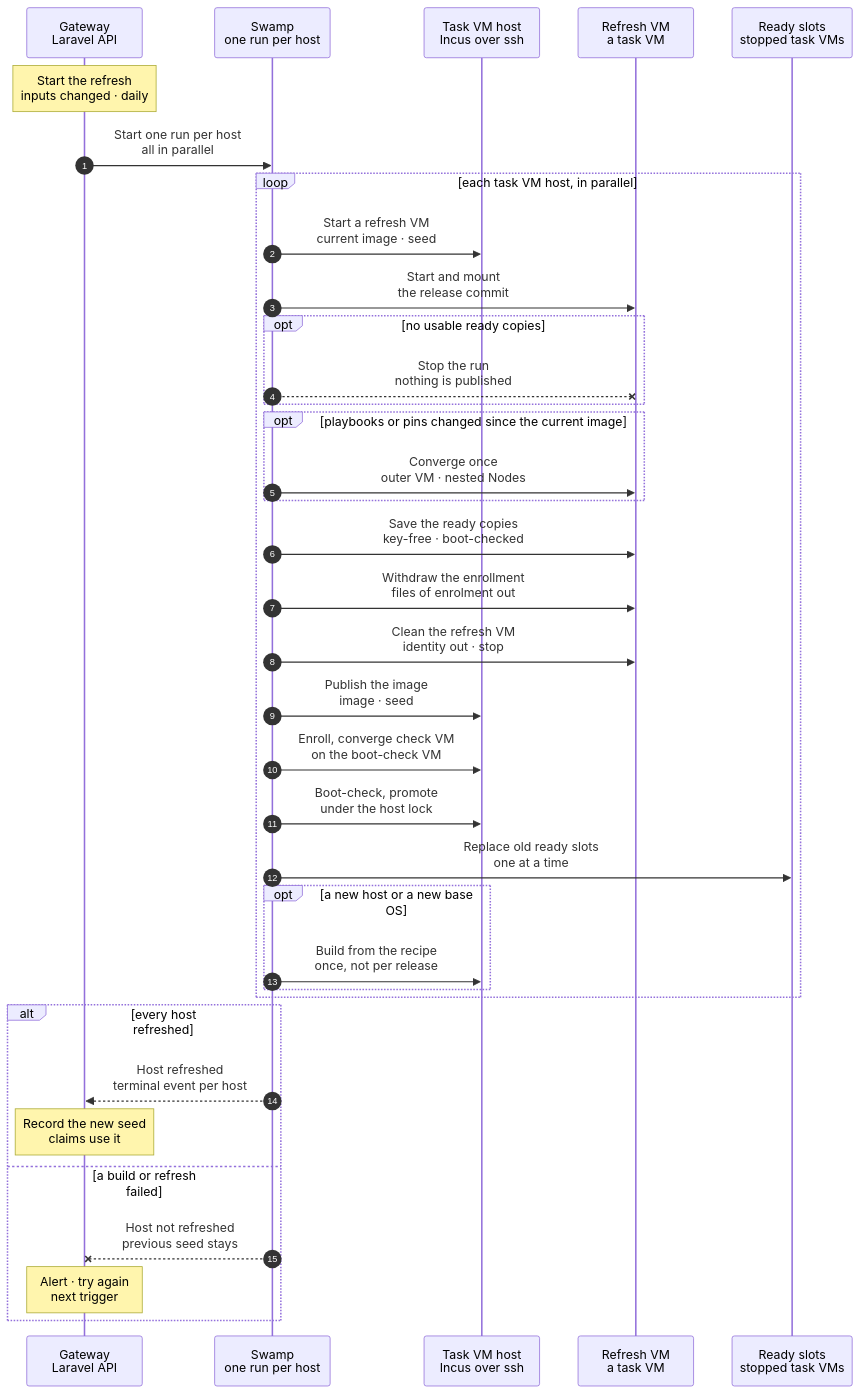
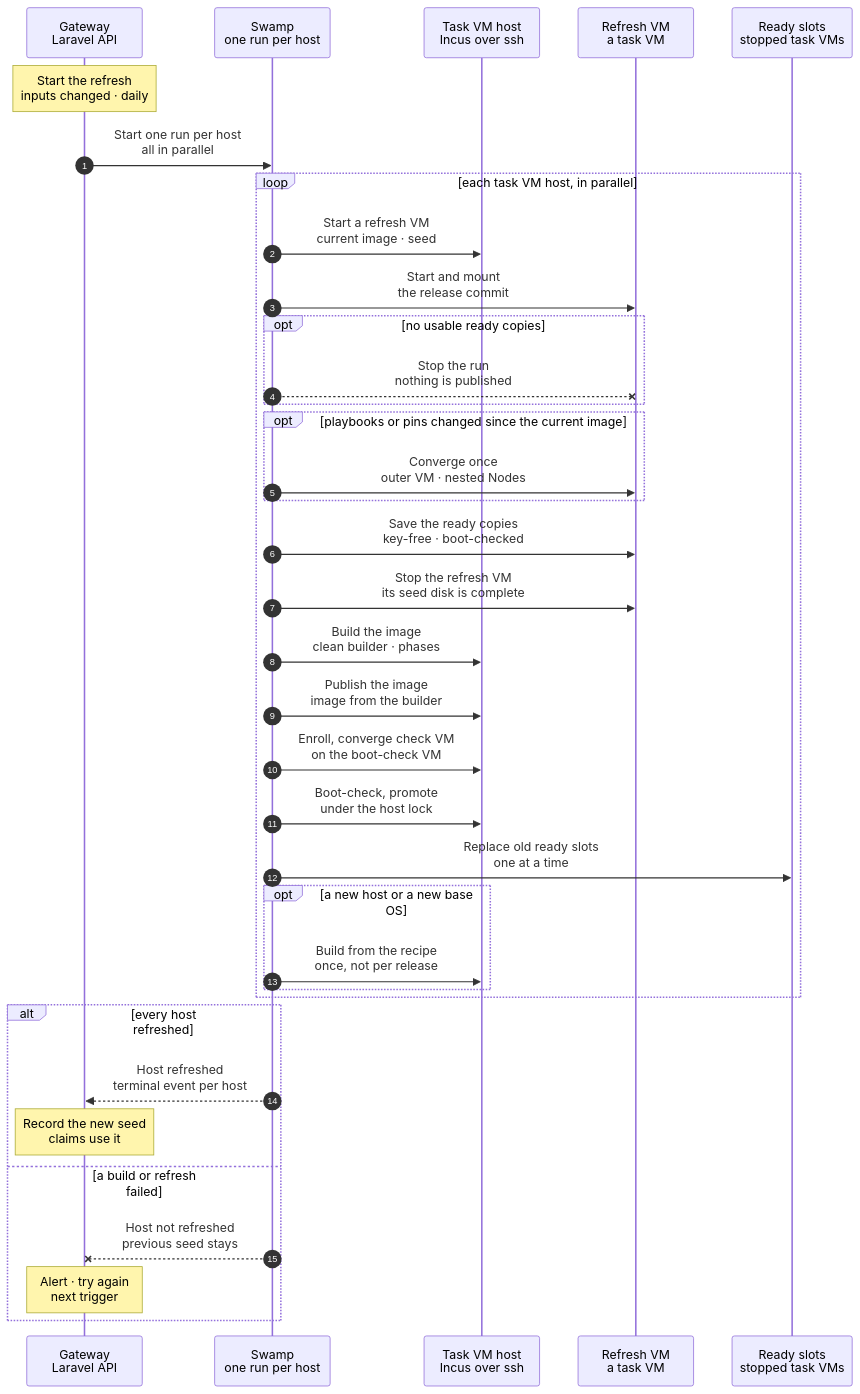
One commit to hardimpactdev/orbit changed the diagram in docs/reference/pipeline/6-task-image-seed-refresh.mmd. Above: the diagram before and after it, drawn with Mermaid. The commit also changed 1 other file, not shown here.

Commit message:
docs(pipeline): publish the task image from a clean builder

```diff
--- a/docs/reference/pipeline/6-task-image-seed-refresh.mmd
+++ b/docs/reference/pipeline/6-task-image-seed-refresh.mmd
@@ -66,21 +66,19 @@
     %%> - the refresh has no token step: every provision that starts a fleet renews the Swamp tokens of the nested Gateway (stage 2), so the age of the copies does not matter
     %%> - the copies carry format 3: the control plan the renewal reads is on the nested Gateway; copies of an older format are not used
     %%> Built: the child `operation-task-vm-ready-copies`, the kind `task_vm.ready_copies`, on the refresh VM
-    SW->>VM: Withdraw the enrollment<br/>files of enrolment out
-    %%> Decided by the orchestrator, for Nick's review:
-    %%> - a step of the refresh before the clean removes what the enrollment installed (the sudoers file `/etc/sudoers.d/orbit`, `authorized_keys2`, the observer binary and unit): an image that holds them makes the enrollment of the next VM fail with `install: No such file or directory`, which the first promoted image on shark did; the smoke is followed by a check that none of them is in the image
-    SW->>VM: Clean the refresh VM<br/>identity out · stop
-    %%> Decided by the orchestrator, for Nick's review:
-    %%> - one explicit clean step before the publication, the workflow `task-vm-image-clean`; the image build's `Clean and stop` calls the same workflow for its builder (`enrolled: false`), so there is one clean step and not two
-    %%> - it removes the nested guests and network, the WireGuard key, the observer identity and secret, the Pi token, the model key, the Club key and the checkout, resets the firewall (enrollment denies SSH except from Node 209 over the VPN, so the first smoke could not reach its VM), cloud-init, the machine-id and the SSH host keys, trims the disk and stops the VM
-    SW->>H: Publish the image<br/>image · seed
+    SW->>VM: Stop the refresh VM<br/>its seed disk is complete
+    %%> Decided by the orchestrator, for Nick's review (Nick approved 2026-11-06):
+    %%> - the refresh VM yields only its seed disk and is never published; it is stopped so that the copy of the disk is consistent
+    %%> - this removes what existed because an enrolled VM was published: the withdraw step, the identity check, the `enrolled` branch of `task-vm-image-clean`, and the `incus admin sql` surgery in the seed attach (an image published from a VM that had the seed pool attached held stale pool records)
+    SW->>H: Build the image<br/>clean builder · phases
+    %%> Decided by the orchestrator, for Nick's review (Nick approved 2026-11-06):
+    %%> - the image is published from a builder: a clone of the current image, never enrolled, never attached to a seed, brought to the pins of the release by the phases `software`, `tools` and `check` (the child `task-vm-image-ansible`, as the image build runs them)
+    %%> - the child `task-vm-image-clean` then cleans it as in the image build (cloud-init, machine-id, SSH host keys, trim, stop), so there is one clean step and it has no enrolled branch
     %%> What it does:
-    %%> - stops the nested VMs and copies them into a clone of the seed as the new ready copies, key-free: the proof Club key is deleted, every file is scanned for it, and freed blocks are trimmed
-    %%> Proposed 2026-11-05:
-    %%> - each ready copy is self-contained: its `.env`, storage, `bootstrap/cache` and database stay on its own disk; it holds no checkout, because every task VM mounts its own
-    %%> - stores the nested network with the copies: the subnet, and each Node's NIC MAC and address
-    %%> - removes the refresh VM's WireGuard key from the operator Node record, so a new task VM joins with its own key (stage 2)
-    %%> - publishes the outer VM as the new task image
+    %%> - clones the builder from the alias of the current image, waits for its guest agent and cloud-init, runs the phases, cleans and stops it
+    SW->>H: Publish the image<br/>image from the builder
+    %%> What it does:
+    %%> - publishes the stopped builder under a candidate alias and reads its fingerprint
     SW->>H: Enroll, converge check VM<br/>on the boot-check VM
     %%> Decided by the orchestrator, for Nick's review:
     %%> - a release can trigger a refresh with nobody watching, and a refresh starts from the image the host serves, so one bad image would reach every later provision; the candidate is therefore enrolled and converged before it is promoted
@@ -98,7 +96,7 @@
     %%> What it does:
     %%> - boots a throwaway copy of each ready copy and of the image to check them, then promotes both and destroys the refresh VM
     %%> - keeps the old image and seed as `-previous`, the rollback copy; cleanup always runs
-    %%> - a failed step keeps the old image and seed: the clean, and with it the publication and the promotion, run only after the VM step passed, so a VM whose fleet failed its readiness check promotes nothing
+    %%> - a failed step keeps the old image and seed: the builder, and with it the publication and the promotion, run only after the VM step and the save of the ready copies passed, so a VM whose fleet failed its readiness check promotes nothing
     %%> Not built:
     %%> - the whole refresh from a running task VM; today the seed refresh boots a builder from the image and has no topology build or ready copies (the old reset was removed), and the image is built from the recipe
     SW->>SL: Replace old ready slots<br/>one at a time
```
